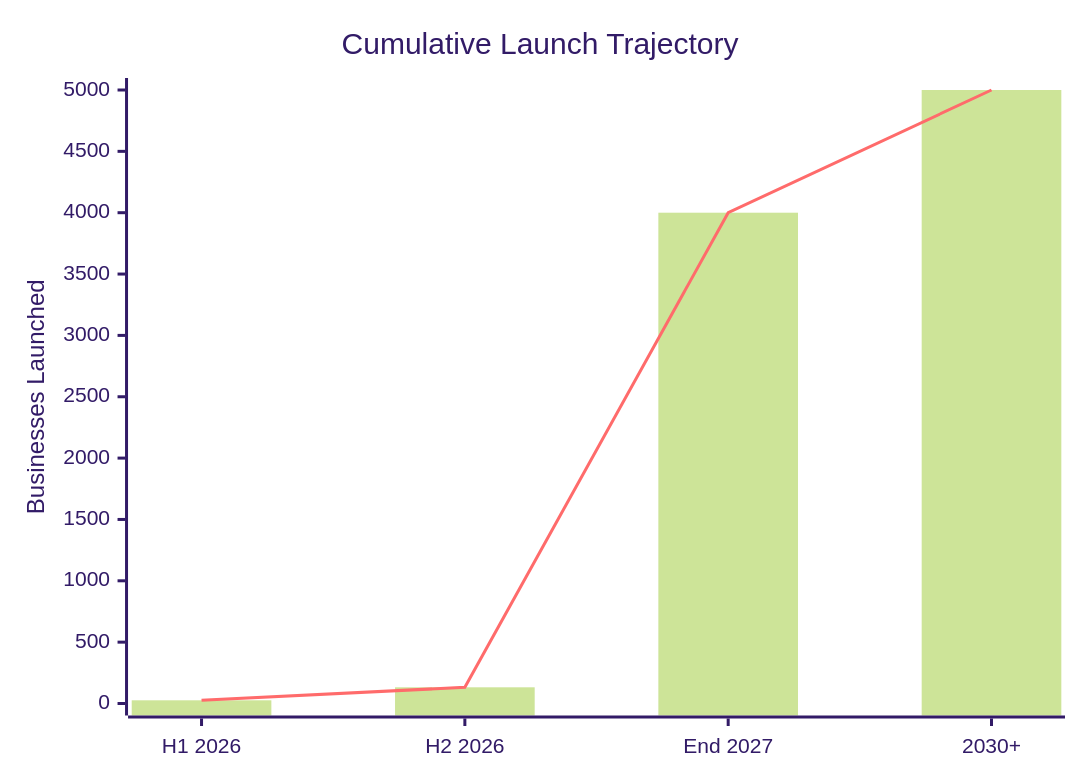
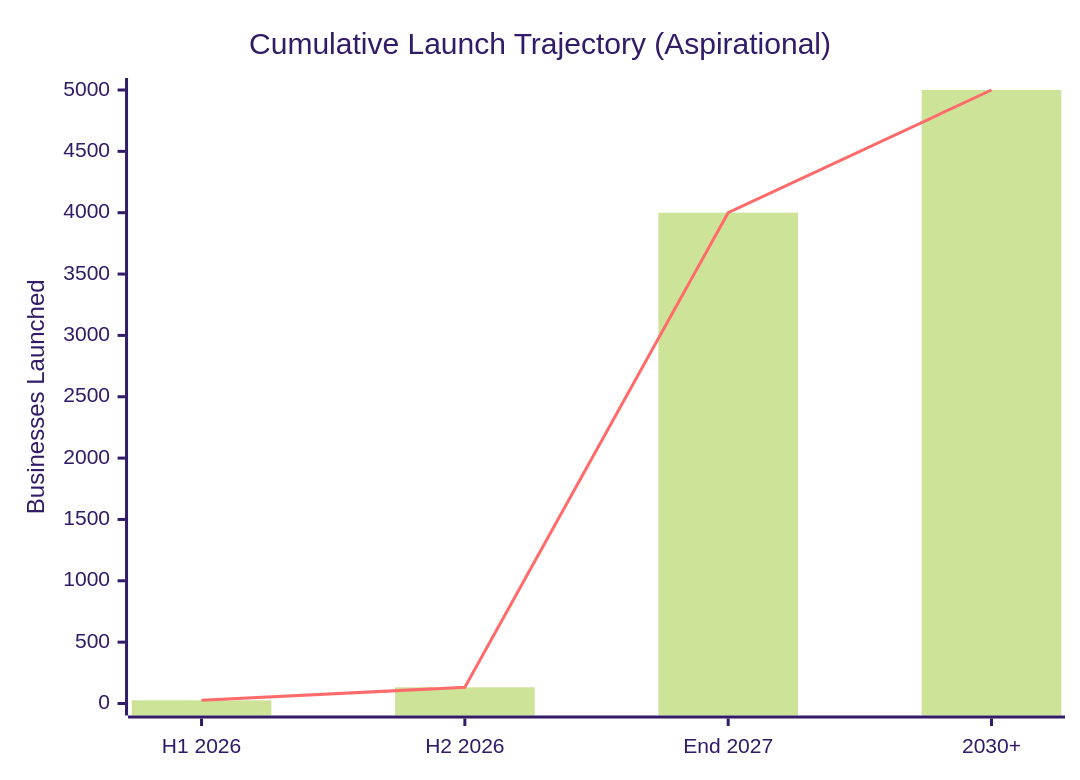
Before and after one commit to Light-Brands/brand-factory: the third of 3 diagrams in planning/02-launch-cadence.md, drawn with Mermaid (forest theme). The commit also changed other lines of this file and 7 other files, not shown here.

````diff
--- a/planning/02-launch-cadence.md
+++ b/planning/02-launch-cadence.md
@@ -37,8 +206,8 @@
 ```mermaid
 xychart-beta
-    title "Cumulative Launch Trajectory"
+    title "Cumulative Launch Trajectory (Aspirational)"
     x-axis ["H1 2026", "H2 2026", "End 2027", "2030+"]
     y-axis "Businesses Launched" 0 --> 5000
     bar [26, 132, 4000, 5000]
     line [26, 132, 4000, 5000]
 ```
````
